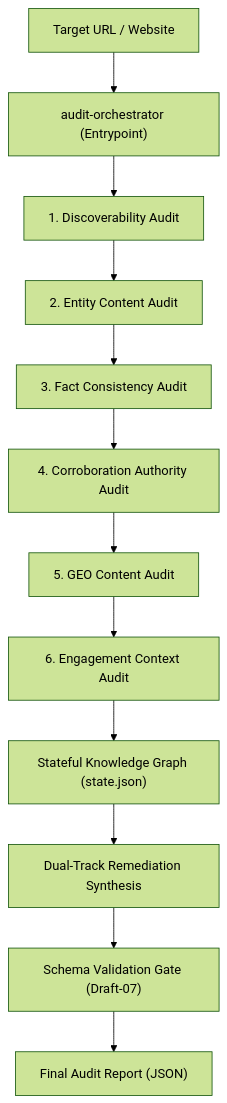
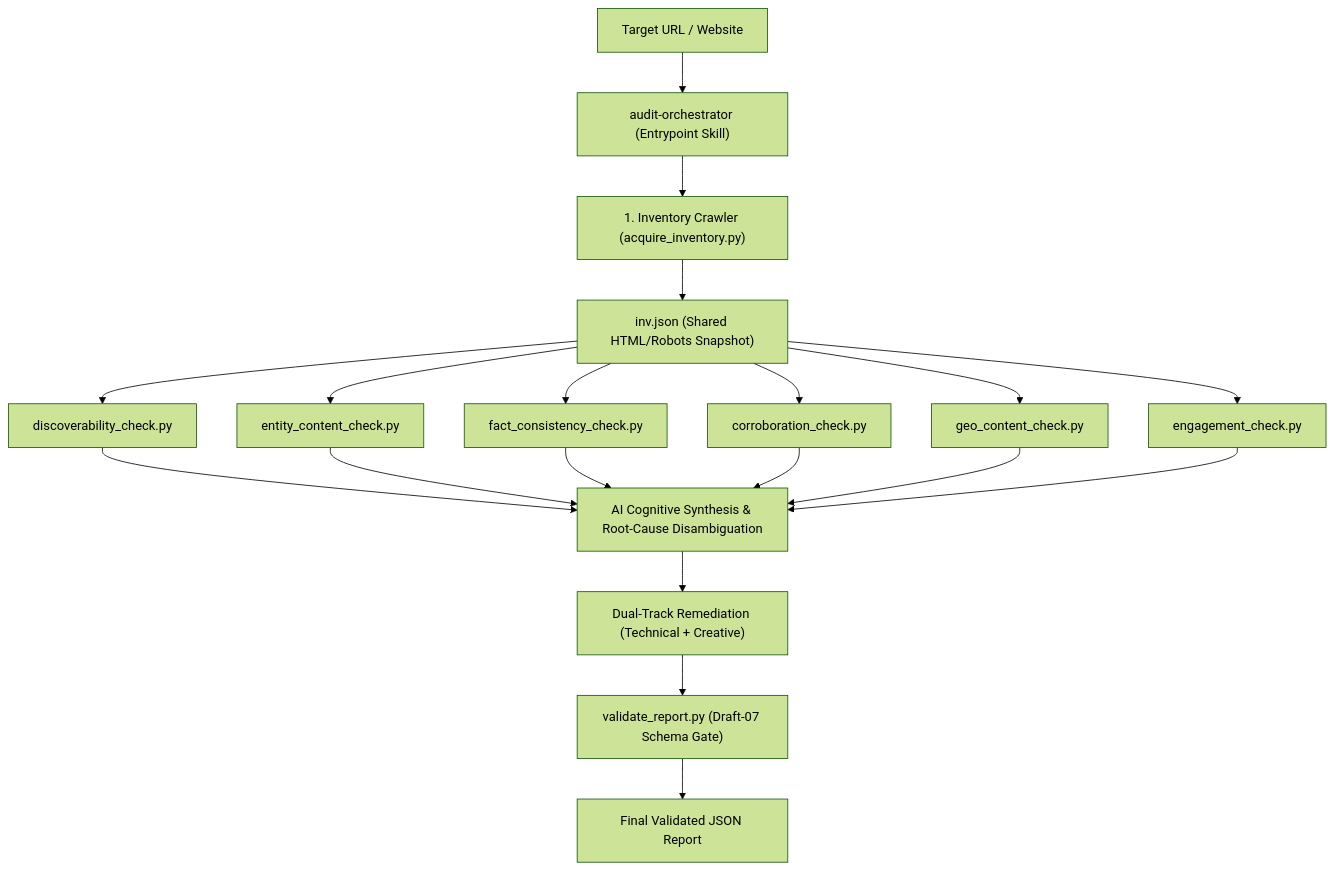
One commit to JayanthReddyKonda/adobe-brand-visibility-skill changed the diagram in src/README.md. Above: the diagram before and after it, drawn with Mermaid (forest theme). The commit also changed other lines of this file and 4 other files, not shown here.

````diff
--- a/src/README.md
+++ b/src/README.md
@@ -39,14 +39,16 @@
 ```mermaid
 graph TD
-    A["Target URL / Website"] --> B["audit-orchestrator (Entrypoint)"]
-    B --> C["1. Discoverability Audit"]
-    C --> D["2. Entity Content Audit"]
-    D --> E["3. Fact Consistency Audit"]
-    E --> F["4. Corroboration Authority Audit"]
-    F --> G["5. GEO Content Audit"]
-    G --> H["6. Engagement Context Audit"]
-    H --> I["Stateful Knowledge Graph (state.json)"]
-    I --> J["Dual-Track Remediation Synthesis"]
-    J --> K["Schema Validation Gate (Draft-07)"]
-    K --> L["Final Audit Report (JSON)"]
+    A["Target URL / Website"] --> B["audit-orchestrator (Entrypoint Skill)"]
+    B --> C["1. Inventory Crawler (acquire_inventory.py)"]
+    C --> D["inv.json (Shared HTML/Robots Snapshot)"]
+    D --> E1["discoverability_check.py"]
+    D --> E2["entity_content_check.py"]
+    D --> E3["fact_consistency_check.py"]
+    D --> E4["corroboration_check.py"]
+    D --> E5["geo_content_check.py"]
+    D --> E6["engagement_check.py"]
+    E1 & E2 & E3 & E4 & E5 & E6 --> F["AI Cognitive Synthesis & Root-Cause Disambiguation"]
+    F --> G["Dual-Track Remediation (Technical + Creative)"]
+    G --> H["validate_report.py (Draft-07 Schema Gate)"]
+    H --> I["Final Validated JSON Report"]
 ```
````
